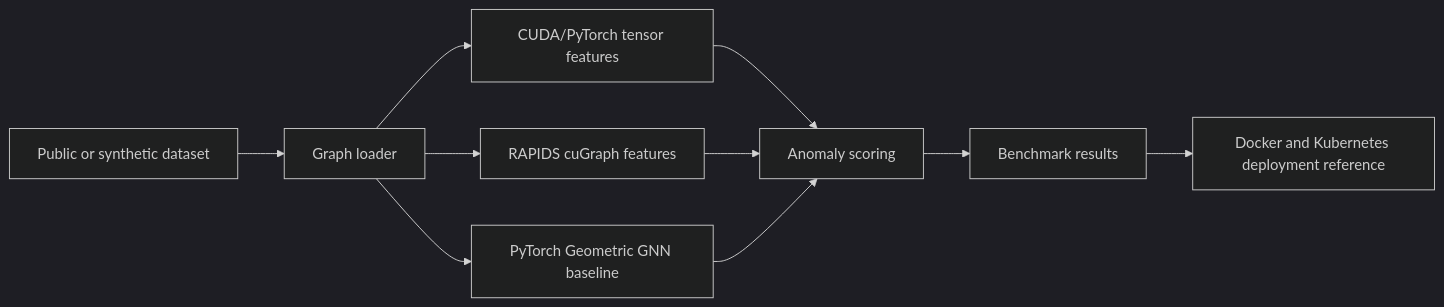
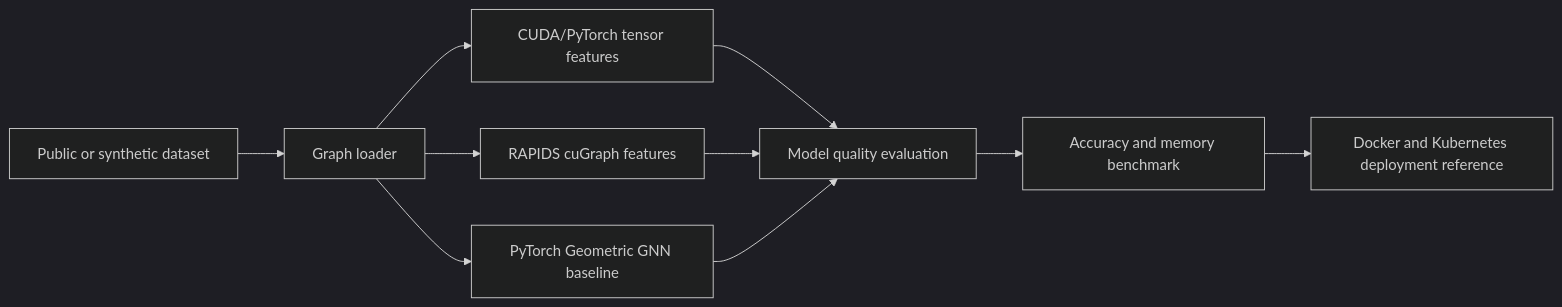
Before and after one commit to sauravsingla/cuda13-graph-ai-fraud-detection: the diagram in README.md, drawn with Mermaid (dark theme). The commit also changed other lines of this file, not shown here.

Commit message:
Refocus README on model accuracy and memory footprint

````diff
--- a/README.md
+++ b/README.md
@@ -150,12 +174,12 @@
 ```mermaid
 flowchart LR
     A[Public or synthetic dataset] --> B[Graph loader]
     B --> C[CUDA/PyTorch tensor features]
     B --> D[RAPIDS cuGraph features]
     B --> E[PyTorch Geometric GNN baseline]
-    C --> F[Anomaly scoring]
+    C --> F[Model quality evaluation]
     D --> F
     E --> F
-    F --> G[Benchmark results]
+    F --> G[Accuracy and memory benchmark]
     G --> H[Docker and Kubernetes deployment reference]
 ```
````
